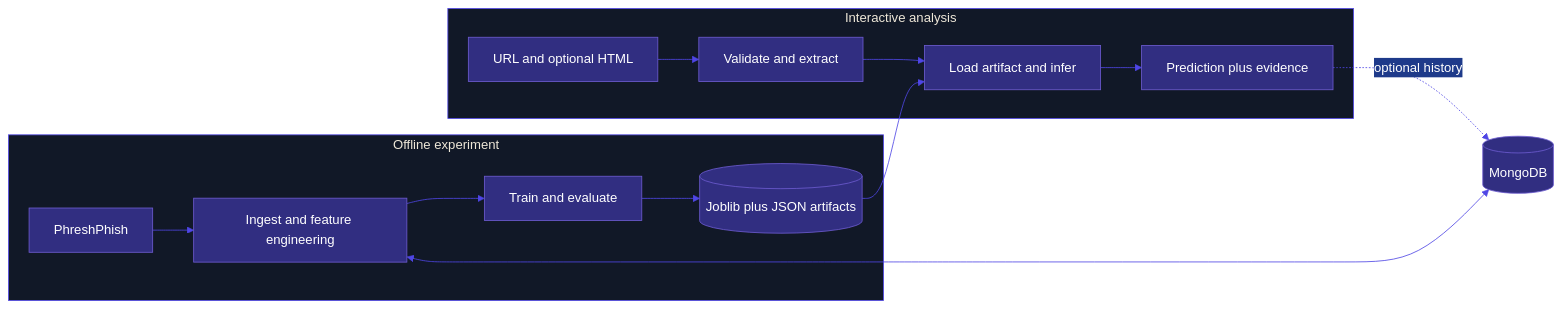
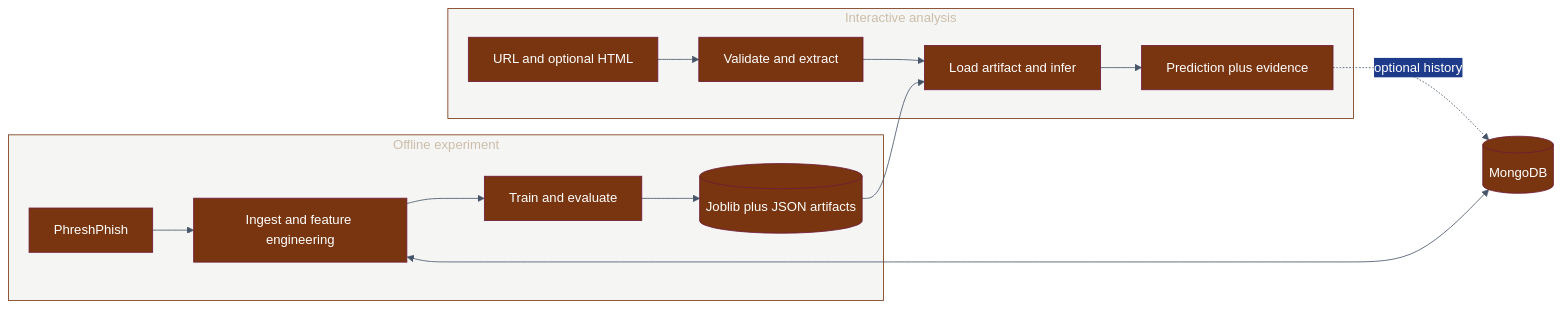
The fourth of 4 diagrams in README.md (ArshiBansal/Intelligent_URL_Threat_Analyzer), drawn with Mermaid before and after one commit. The commit also changed other lines of this file, not shown here.

````diff
--- a/README.md
+++ b/README.md
@@ -214,17 +214,17 @@
 ```mermaid
-%%{init: {'theme':'base','themeVariables': {'primaryColor':'#312E81','primaryTextColor':'#ffffff','primaryBorderColor':'#6D5BD0','lineColor':'#4F46E5','secondaryColor':'#1E3A8A','tertiaryColor':'#111827','background':'#ffffff','mainBkg':'#312E81','nodeBorder':'#6D5BD0','clusterBkg':'#111827','clusterBorder':'#4F46E5'}}}%%
+%%{init: {'theme':'base','themeVariables': {'primaryColor':'#78350F','primaryTextColor':'#ffffff','primaryBorderColor':'#701A3A','lineColor':'#475569','secondaryColor':'#1E3A8A','tertiaryColor':'#334155','background':'#ffffff','mainBkg':'#78350F','nodeBorder':'#701A3A','clusterBkg':'#F5F5F4','clusterBorder':'#78350F'}}}%%
 flowchart LR
     subgraph Offline["Offline experiment"]
         DS[PhreshPhish] --> ING[Ingest and feature engineering]
         ING --> TR[Train and evaluate]
         TR --> ART[(Joblib plus JSON artifacts)]
     end
     subgraph Online["Interactive analysis"]
         IN[URL and optional HTML] --> VAL[Validate and extract]
         VAL --> INF[Load artifact and infer]
         ART --> INF
         INF --> RES[Prediction plus evidence]
     end
     ING <--> DB[(MongoDB)]
     RES -. optional history .-> DB
 ```
````
